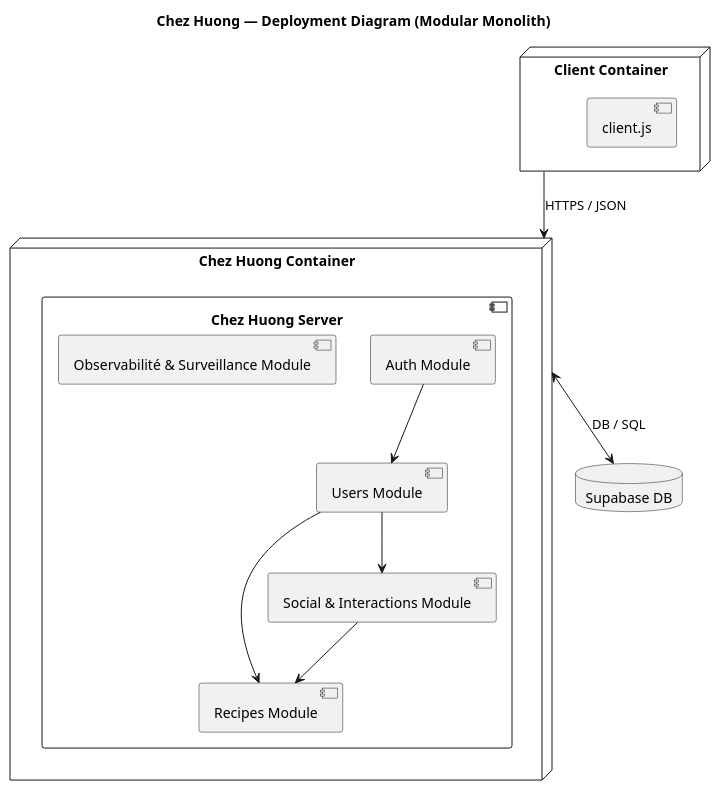
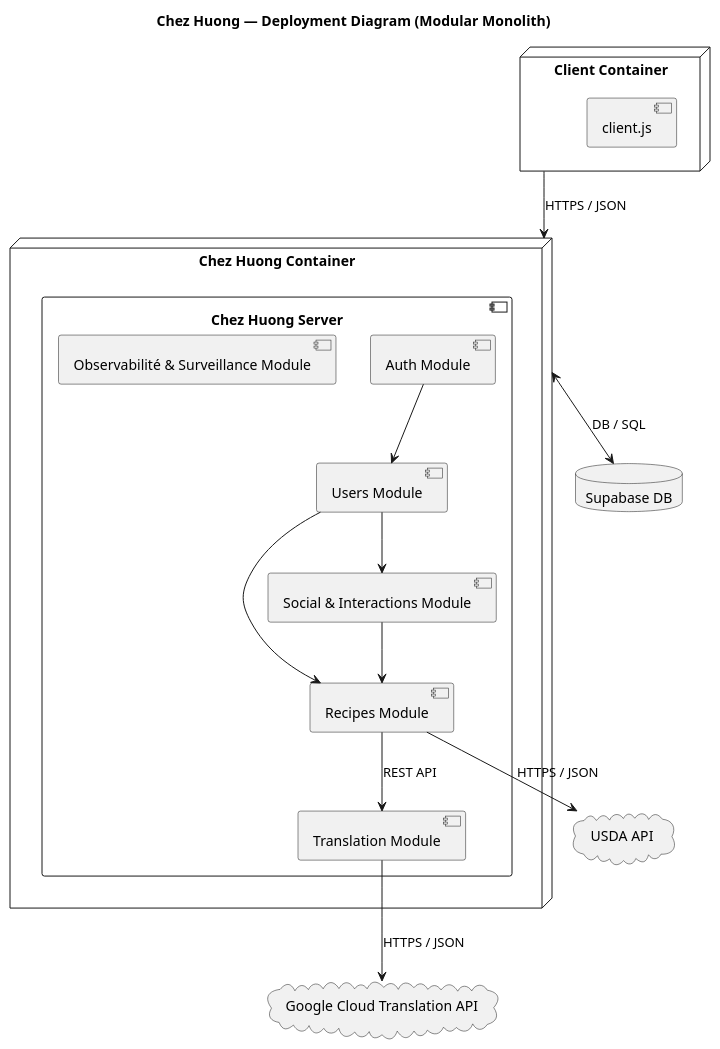
One commit to Orchydae/Chez_Huong changed the diagram in docs/diagrams/deployment_diagram.puml. Above: the diagram before and after it, drawn with PlantUML. The commit also changed 11 other files, not shown here.

Commit message:
FEAT: Translation module

```diff
--- a/docs/diagrams/deployment_diagram.puml
+++ b/docs/diagrams/deployment_diagram.puml
@@ -1,31 +1,39 @@
 @startuml 
 title Chez Huong — Deployment Diagram (Modular Monolith)
 
 skinparam defaultFontName Monospace
 
 node "Client Container" as Client {
     [client.js]
 }
 
 node "Chez Huong Container" as Server {
     component "Chez Huong Server" {
         component "Auth Module" as AuthModule
         component "Users Module" as UsersModule
         component "Recipes Module" as RecipesModule
+        component "Translation Module" as TranslationModule
         component "Social & Interactions Module" as SocialModule
         component "Observabilité & Surveillance Module" as ObservabilityModule
 
         AuthModule --> UsersModule
         UsersModule --> RecipesModule
         UsersModule --> SocialModule
+        RecipesModule --> TranslationModule: REST API
         SocialModule --> RecipesModule
     }
 }
+
+
+' === EXTERNAL SERVICES ===
+cloud "Google Cloud Translation API" as GoogleCloudTranslationAPI
+cloud "USDA API" as USDAAPI
 
 database "Supabase DB" as Supabase
 
 ' === RELATIONS ===
 Client --> Server: HTTPS / JSON
 Server <--> Supabase : DB / SQL
-
+TranslationModule --> GoogleCloudTranslationAPI : HTTPS / JSON
+RecipesModule --> USDAAPI : HTTPS / JSON
 @enduml
```
